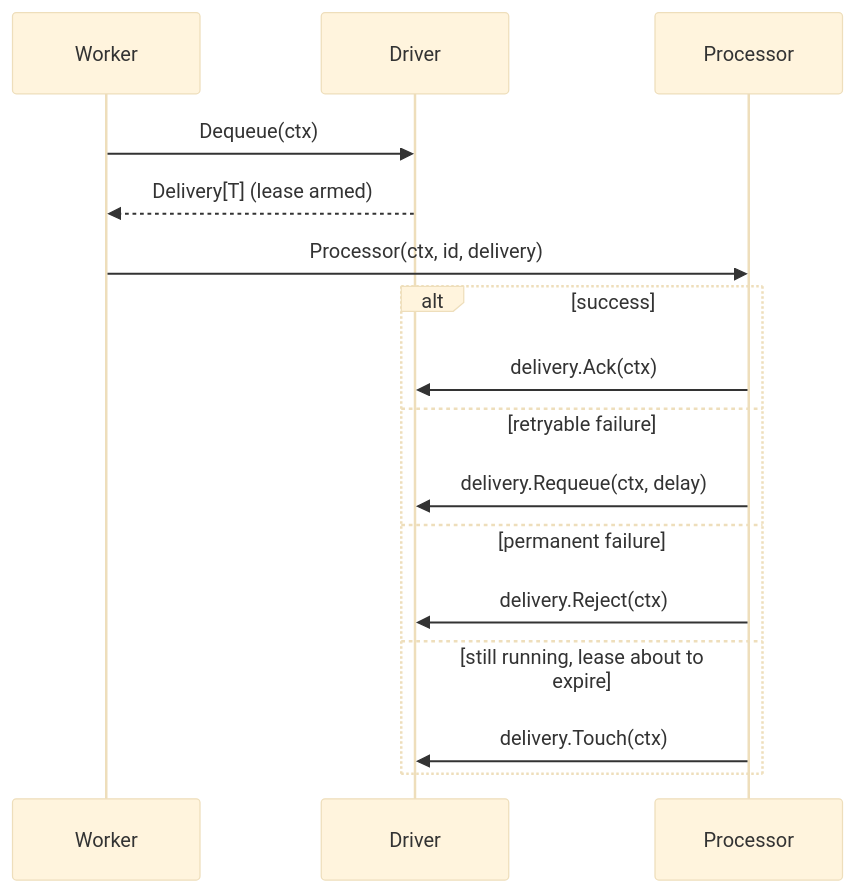
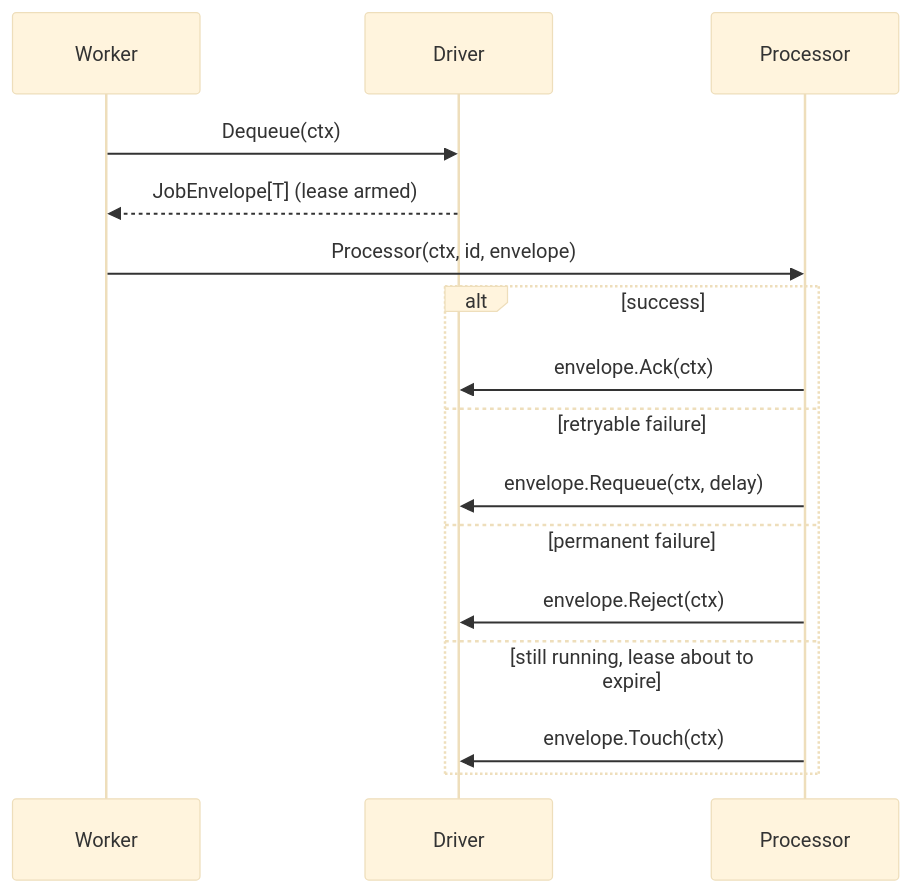
Before and after one commit to retailcrm/mg-transport-core: the second of 2 diagrams in docs/queues.md, drawn with Mermaid (base theme). The commit also changed other lines of this file and 23 other files, not shown here.

Commit message:
chore: Delivery → JobEnvelope

````diff
--- a/docs/queues.md
+++ b/docs/queues.md
@@ -231,19 +231,19 @@
 ```mermaid
 sequenceDiagram
     participant W as Worker
     participant B as Driver
     participant P as Processor
 
     W->>B: Dequeue(ctx)
-    B-->>W: Delivery[T] (lease armed)
-    W->>P: Processor(ctx, id, delivery)
+    B-->>W: JobEnvelope[T] (lease armed)
+    W->>P: Processor(ctx, id, envelope)
     alt success
-        P->>B: delivery.Ack(ctx)
+        P->>B: envelope.Ack(ctx)
     else retryable failure
-        P->>B: delivery.Requeue(ctx, delay)
+        P->>B: envelope.Requeue(ctx, delay)
     else permanent failure
-        P->>B: delivery.Reject(ctx)
+        P->>B: envelope.Reject(ctx)
     else still running, lease about to expire
-        P->>B: delivery.Touch(ctx)
+        P->>B: envelope.Touch(ctx)
     end
 ```
````
